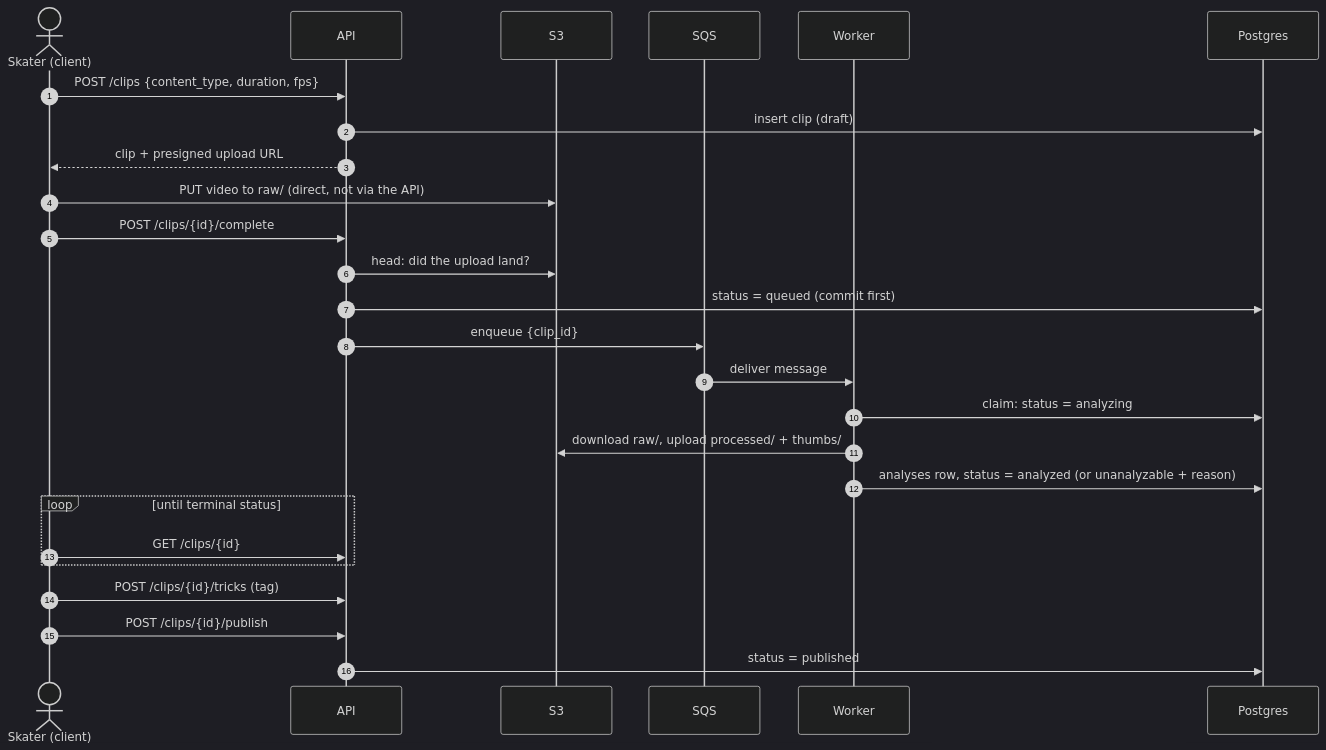
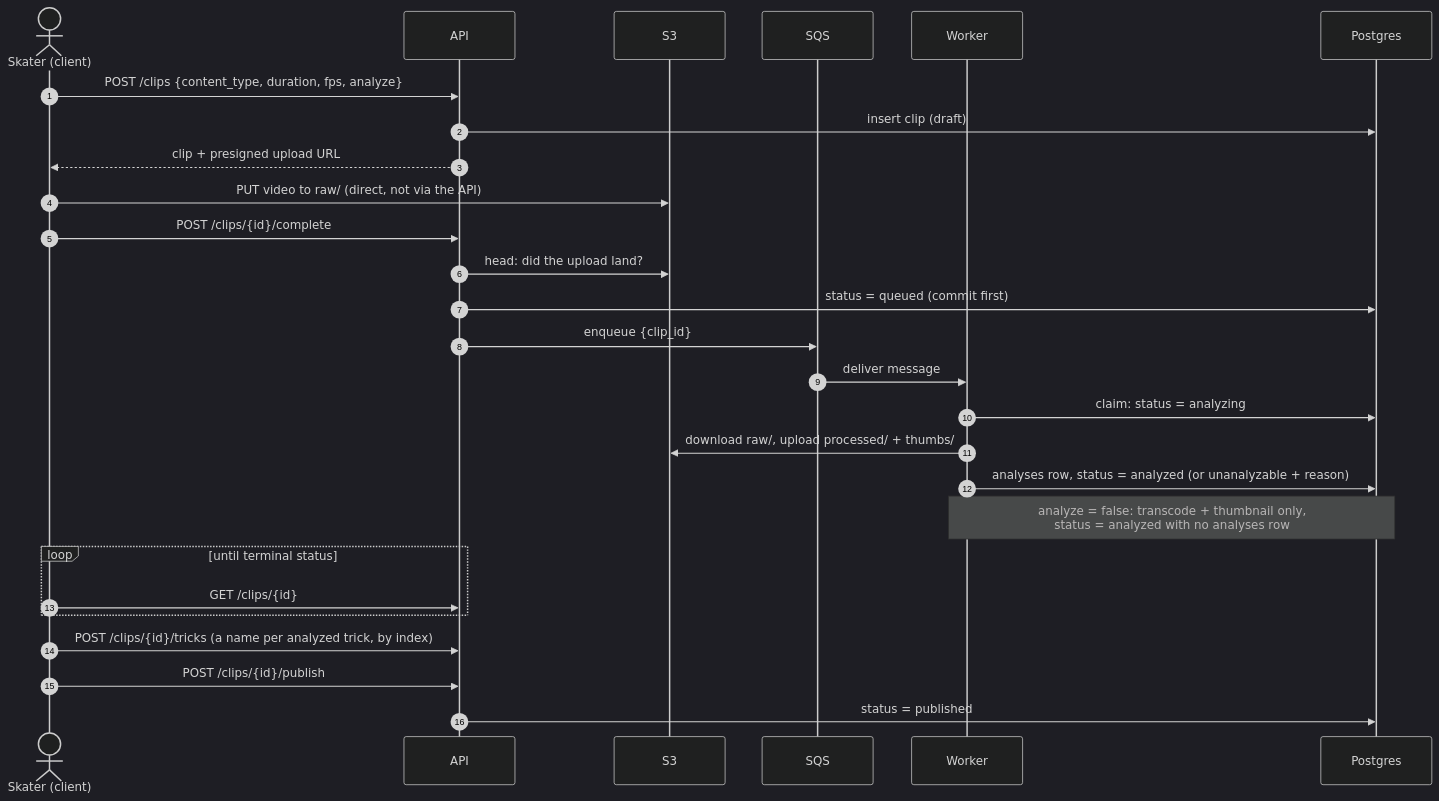
The second of 4 diagrams in docs/ARCHITECTURE.md (NickPalceski/TrickLens), drawn with Mermaid (dark theme) before and after one commit. The commit also changed other lines of this file and 58 other files, not shown here.

````diff
--- a/docs/ARCHITECTURE.md
+++ b/docs/ARCHITECTURE.md
@@ -96,29 +101,30 @@
 ```mermaid
 sequenceDiagram
     autonumber
     actor U as Skater (client)
     participant API
     participant S3
     participant SQS
     participant W as Worker
     participant DB as Postgres
 
-    U->>API: POST /clips {content_type, duration, fps}
+    U->>API: POST /clips {content_type, duration, fps, analyze}
     API->>DB: insert clip (draft)
     API-->>U: clip + presigned upload URL
     U->>S3: PUT video to raw/ (direct, not via the API)
     U->>API: POST /clips/{id}/complete
     API->>S3: head: did the upload land?
     API->>DB: status = queued (commit first)
     API->>SQS: enqueue {clip_id}
     SQS->>W: deliver message
     W->>DB: claim: status = analyzing
     W->>S3: download raw/, upload processed/ + thumbs/
     W->>DB: analyses row, status = analyzed (or unanalyzable + reason)
+    Note over W,DB: analyze = false: transcode + thumbnail only,<br/>status = analyzed with no analyses row
     loop until terminal status
         U->>API: GET /clips/{id}
     end
-    U->>API: POST /clips/{id}/tricks (tag)
+    U->>API: POST /clips/{id}/tricks (a name per analyzed trick, by index)
     U->>API: POST /clips/{id}/publish
     API->>DB: status = published
 ```
````
